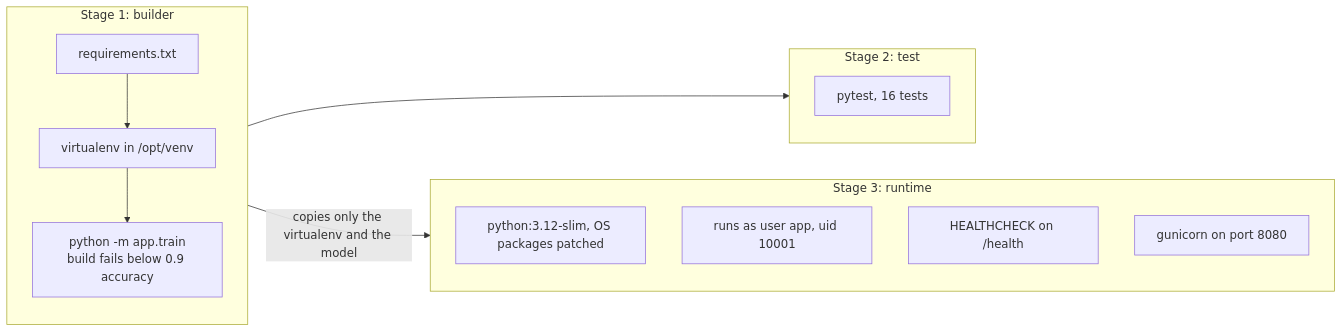
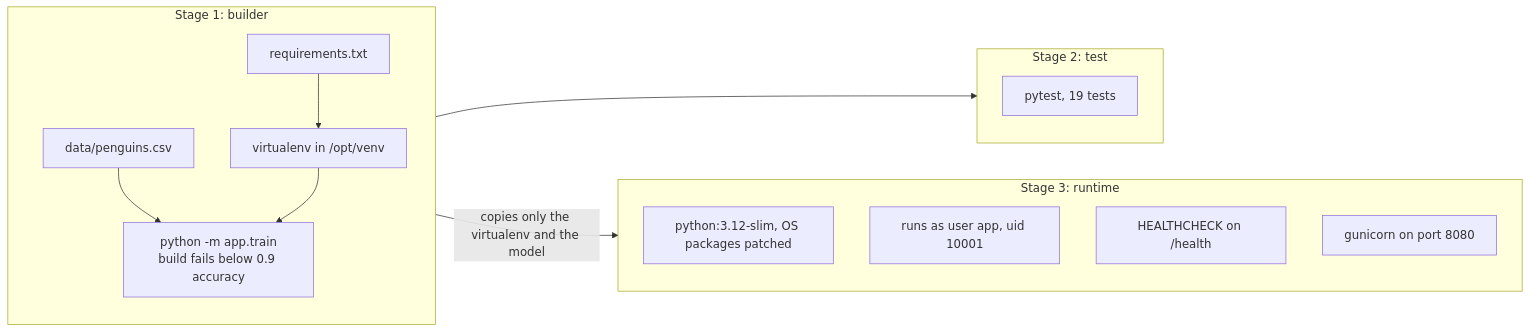
The first of 2 diagrams in README.md (lequo-neu/IE7374-Docker-Assignment6), drawn with Mermaid before and after one commit. The commit also changed other lines of this file and 1 other file, not shown here.

Commit message:
README for the Palmer Penguins release, by Quoc Hung Le

````diff
--- a/README.md
+++ b/README.md
@@ -35,18 +41,19 @@
 ```mermaid
 flowchart LR
     subgraph builder["Stage 1: builder"]
         R["requirements.txt"] --> V["virtualenv in /opt/venv"]
+        D["data/penguins.csv"] --> T
         V --> T["python -m app.train<br/>build fails below 0.9 accuracy"]
     end
     subgraph test["Stage 2: test"]
-        P["pytest, 16 tests"]
+        P["pytest, 19 tests"]
     end
     subgraph runtime["Stage 3: runtime"]
         S["python:3.12-slim, OS packages patched"]
         U["runs as user app, uid 10001"]
         H["HEALTHCHECK on /health"]
         G["gunicorn on port 8080"]
     end
     builder --> test
     builder -- "copies only the virtualenv and the model" --> runtime
 ```
````
